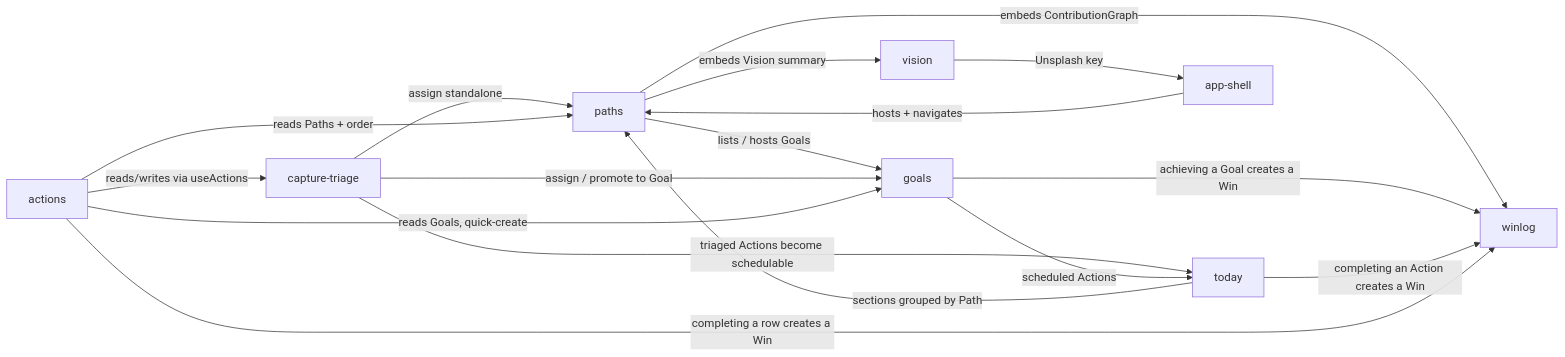
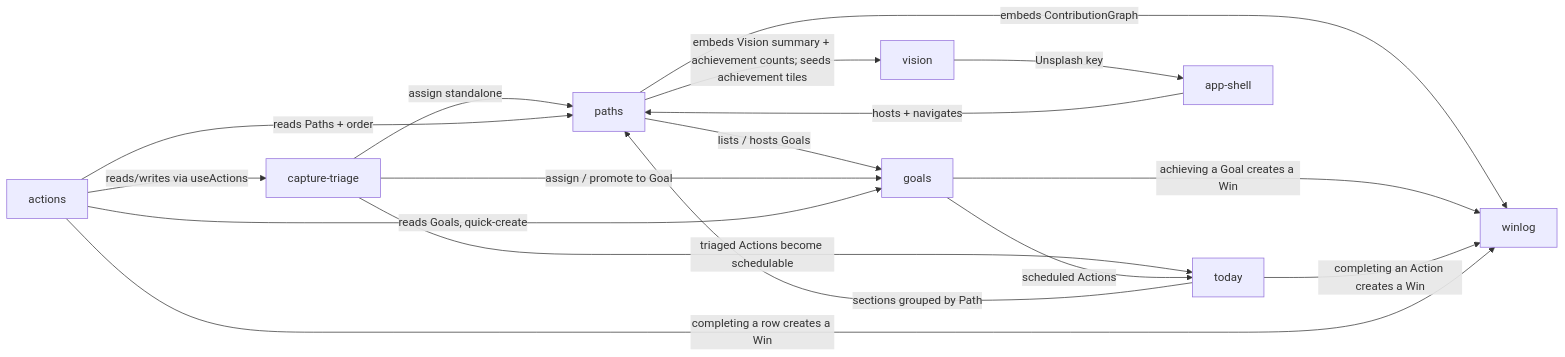
Before and after one commit to marekbrze/bricks: the diagram in docs/MODULES.md, drawn with Mermaid. The commit also changed other lines of this file and 34 other files, not shown here.

First line of the commit message:
proto-feature(achievements-vision): move achievements into Vision tiles

````diff
--- a/docs/MODULES.md
+++ b/docs/MODULES.md
@@ -103,19 +103,19 @@
 ```mermaid
 graph LR
-    PATHS[paths] -->|embeds Vision summary| VISION[vision]
+    PATHS[paths] -->|embeds Vision summary + achievement counts; seeds achievement tiles| VISION[vision]
     PATHS -->|lists / hosts Goals| GOALS[goals]
     PATHS -->|embeds ContributionGraph| WINLOG[winlog]
     CAPTURE[capture-triage] -->|assign / promote to Goal| GOALS
     CAPTURE -->|assign standalone| PATHS
     CAPTURE -->|triaged Actions become schedulable| TODAY[today]
     GOALS -->|scheduled Actions| TODAY
     GOALS -->|achieving a Goal creates a Win| WINLOG
     TODAY -->|completing an Action creates a Win| WINLOG
     TODAY -->|sections grouped by Path| PATHS
     ACTIONS[actions] -->|reads/writes via useActions| CAPTURE
     ACTIONS -->|reads Goals, quick-create| GOALS
     ACTIONS -->|reads Paths + order| PATHS
     ACTIONS -->|completing a row creates a Win| WINLOG
     VISION -->|Unsplash key| SHELL[app-shell]
     SHELL -->|hosts + navigates| PATHS
 ```
````
